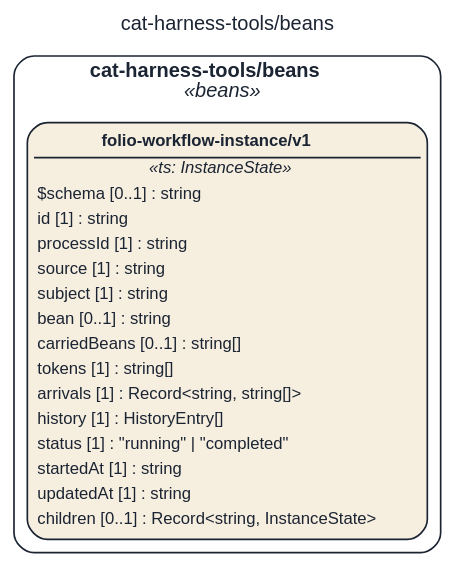
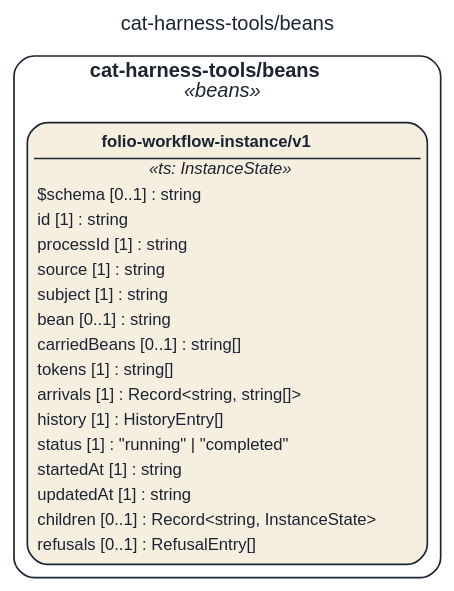
One commit to litlfred/folio-assistant changed the diagram in assets/img/uml/overview/cat-harness-tools/beans.dot. Above: the diagram before and after it, drawn with Graphviz. The commit also changed 19274 other files, not shown here.

```diff
--- a/assets/img/uml/overview/cat-harness-tools/beans.dot
+++ b/assets/img/uml/overview/cat-harness-tools/beans.dot
@@ -1,11 +1,11 @@
 // GENERATED by cat-harness-tools/scripts/gen-uml-overview.ts — do not edit.
 // Rendered page (interactive view, same model): https://litlfred.github.io/folio-assistant/uml/overview/cat-harness-tools/beans.html
 digraph "cat_harness_tools_beans" {
   graph [label="cat-harness-tools/beans", labelloc=t, fontname="Helvetica", fontsize=12, fontcolor="#1b2432", newrank=true, ratio=auto, nodesep=0.3, ranksep=0.5, bgcolor="transparent"];
   node [shape=box, style="rounded,filled", margin=0.05, fontname="Helvetica", fontsize=10, color="#1b2432", fontcolor="#1b2432"];
   edge [color="#1b2432", fontcolor="#1b2432", fontname="Helvetica", fontsize=9];
   subgraph "cluster_pkg_cat_harness_tools_beans" {
     label=<<b>cat-harness-tools/beans</b><br/><i>«beans»</i>>; style="rounded"; color="#1b2432"; class="fa_uml_subgraph";
-    "cat_harness_tools_beans_folio_workflow_instance_v1" [fillcolor="#f6eedf", class="fa_uml_kind_beans", label=<<table border="0" cellborder="0" cellspacing="0" cellpadding="2"><tr><td border="1" sides="b"><b>folio-workflow-instance/v1</b></td></tr><tr><td><i>«ts: InstanceState»</i></td></tr><tr><td align="left">$schema [0..1] : string</td></tr><tr><td align="left">id [1] : string</td></tr><tr><td align="left">processId [1] : string</td></tr><tr><td align="left">source [1] : string</td></tr><tr><td align="left">subject [1] : string</td></tr><tr><td align="left">bean [0..1] : string</td></tr><tr><td align="left">carriedBeans [0..1] : string[]</td></tr><tr><td align="left">tokens [1] : string[]</td></tr><tr><td align="left">arrivals [1] : Record&lt;string, string[]&gt;</td></tr><tr><td align="left">history [1] : HistoryEntry[]</td></tr><tr><td align="left">status [1] : &quot;running&quot; | &quot;completed&quot;</td></tr><tr><td align="left">startedAt [1] : string</td></tr><tr><td align="left">updatedAt [1] : string</td></tr><tr><td align="left">children [0..1] : Record&lt;string, InstanceState&gt;</td></tr></table>>];
+    "cat_harness_tools_beans_folio_workflow_instance_v1" [fillcolor="#f6eedf", class="fa_uml_kind_beans", label=<<table border="0" cellborder="0" cellspacing="0" cellpadding="2"><tr><td border="1" sides="b"><b>folio-workflow-instance/v1</b></td></tr><tr><td><i>«ts: InstanceState»</i></td></tr><tr><td align="left">$schema [0..1] : string</td></tr><tr><td align="left">id [1] : string</td></tr><tr><td align="left">processId [1] : string</td></tr><tr><td align="left">source [1] : string</td></tr><tr><td align="left">subject [1] : string</td></tr><tr><td align="left">bean [0..1] : string</td></tr><tr><td align="left">carriedBeans [0..1] : string[]</td></tr><tr><td align="left">tokens [1] : string[]</td></tr><tr><td align="left">arrivals [1] : Record&lt;string, string[]&gt;</td></tr><tr><td align="left">history [1] : HistoryEntry[]</td></tr><tr><td align="left">status [1] : &quot;running&quot; | &quot;completed&quot;</td></tr><tr><td align="left">startedAt [1] : string</td></tr><tr><td align="left">updatedAt [1] : string</td></tr><tr><td align="left">children [0..1] : Record&lt;string, InstanceState&gt;</td></tr><tr><td align="left">refusals [0..1] : RefusalEntry[]</td></tr></table>>];
   }
 }
```
